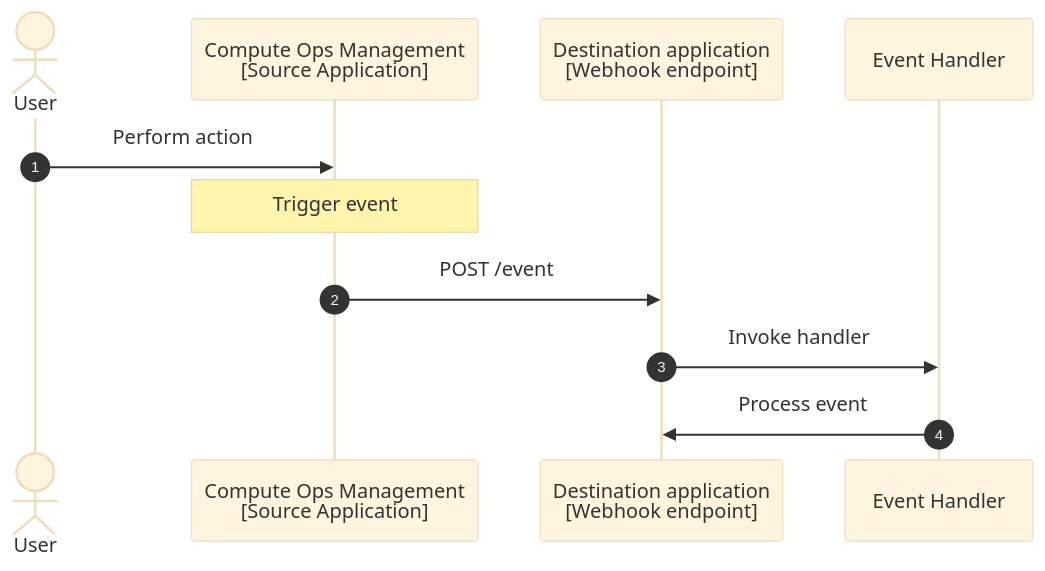
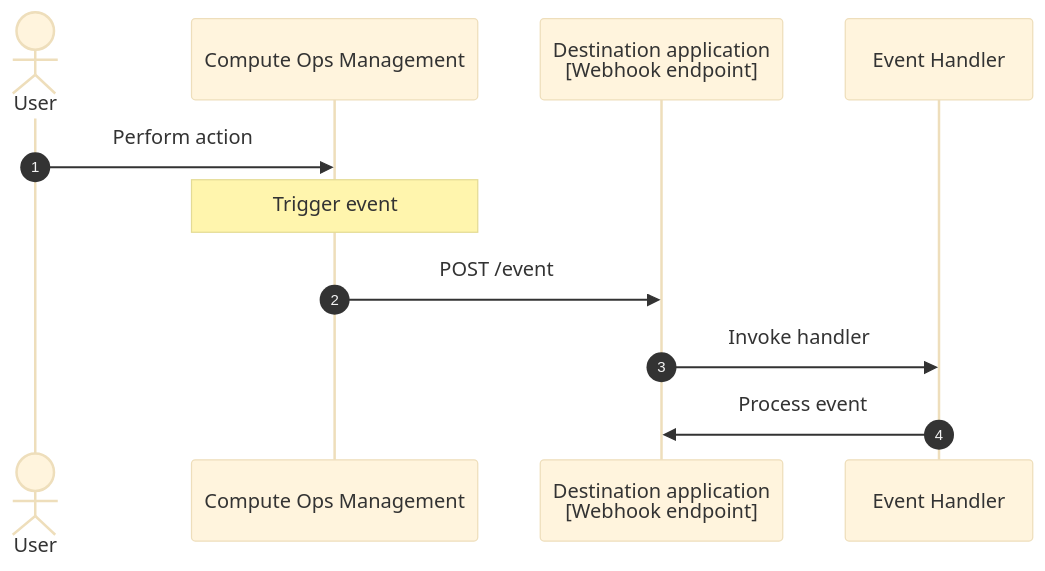
Before and after one commit to jullienl/jullienl.github.io: the second of 3 diagrams in _posts/2024-04-25-Implementing webhooks with COM.md, drawn with Mermaid (base theme).

Commit message:
Improve mermaid diagrams

```diff
--- a/_posts/2024-04-25-Implementing webhooks with COM.md
+++ b/_posts/2024-04-25-Implementing webhooks with COM.md
@@ -80,14 +80,14 @@
 <div class="mermaid">
 sequenceDiagram
     autonumber
     actor User as User
-    participant SourceApp as Compute Ops Management<br>[Source Application]
+    participant SourceApp as Compute Ops Management
     participant WebhookURL as Destination application<br>[Webhook endpoint]
     participant Handler as Event Handler
 
     User->>SourceApp: Perform action
     Note over SourceApp: Trigger event
     SourceApp->>WebhookURL: POST /event
     WebhookURL->>Handler: Invoke handler
     Handler->>WebhookURL: Process event
 </div>
```
